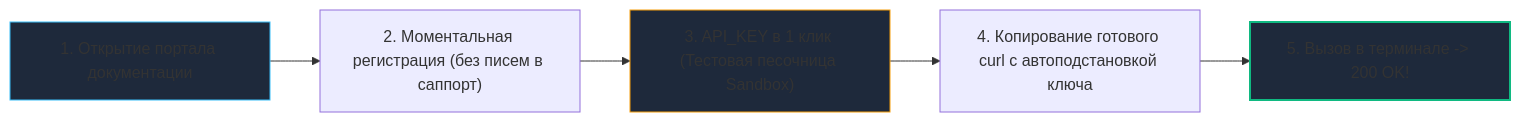
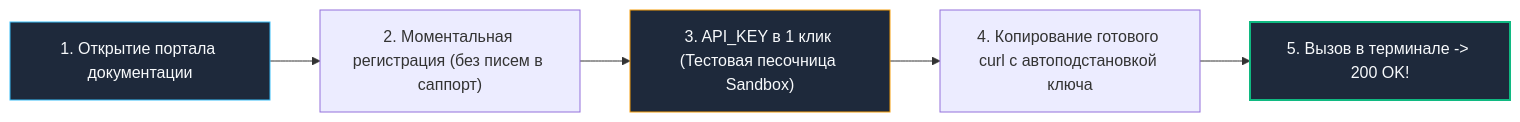
The second of 2 diagrams in sources/10. Проектирование API и Сетевые протоколы/36. Документация API best practices.md (UnrealTemplier/go-textbook), drawn with Mermaid before and after one commit. The commit also changed other lines of this file and 310 other files, not shown here.

First line of the commit message:
fix(mermaid): replace light fill colors with dark palette for readability on dark theme

````diff
--- a/sources/10. Проектирование API и Сетевые протоколы/36. Документация API best practices.md
+++ b/sources/10. Проектирование API и Сетевые протоколы/36. Документация API best practices.md
@@ -76,11 +76,11 @@
 ```mermaid
 flowchart LR
     Open["1. Открытие портала документации"] --> Reg["2. Моментальная регистрация (без писем в саппорт)"]
     Reg --> Key["3. API_KEY в 1 клик (Тестовая песочница Sandbox)"]
     Key --> Copy["4. Копирование готового curl с автоподстановкой ключа"]
     Copy --> Call["5. Вызов в терминале -> 200 OK!"]
 
-    style Open fill:#1e293b,stroke:#38bdf8,stroke-width:1px
-    style Key fill:#1e293b,stroke:#f59e0b,stroke-width:1px
-    style Call fill:#1e293b,stroke:#10b981,stroke-width:2px
+    style Open fill:#1e293b,stroke:#38bdf8,stroke-width:1px,color:#f8fafc
+    style Key fill:#1e293b,stroke:#f59e0b,stroke-width:1px,color:#f8fafc
+    style Call fill:#1e293b,stroke:#10b981,stroke-width:2px,color:#f8fafc
 ```
````
